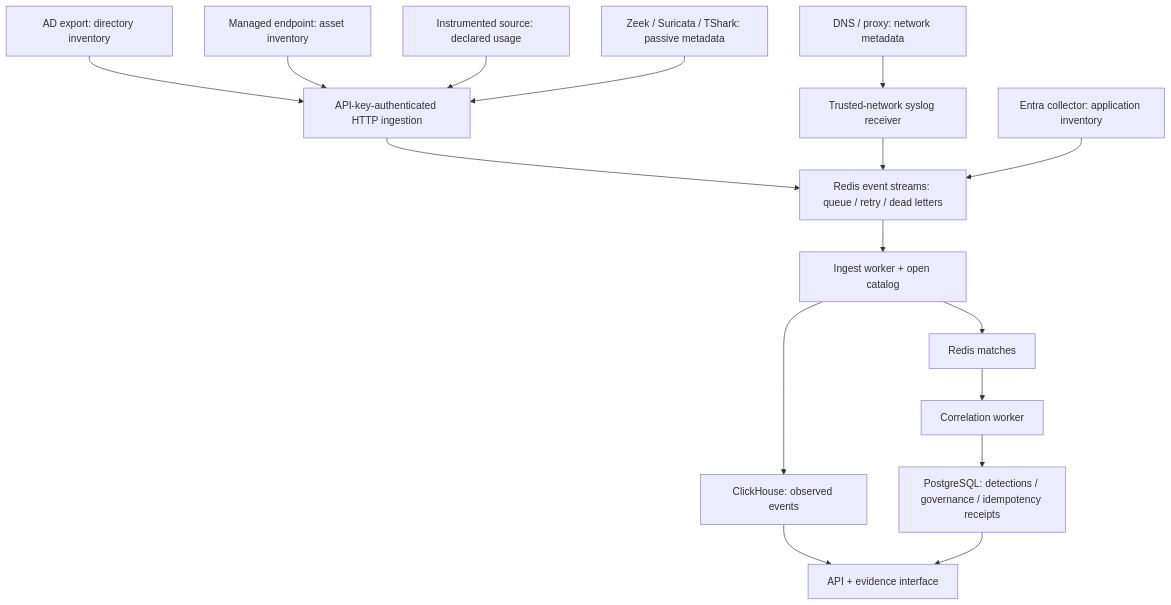
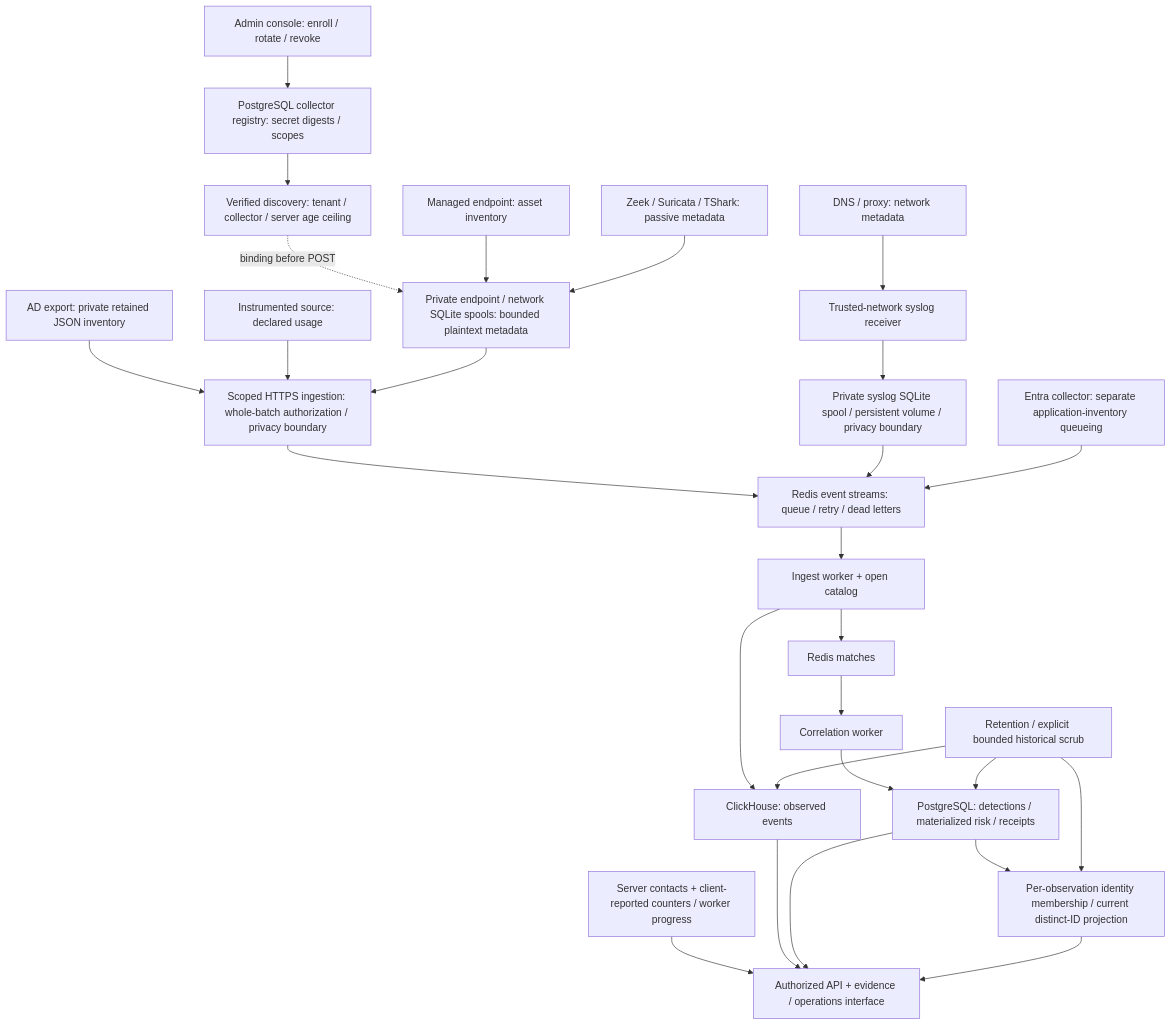
The diagram in docs/architecture.md (alebgl77/open-shadow-ai), drawn with Mermaid before and after one commit. The commit also changed other lines of this file and 85 other files, not shown here.

````diff
--- a/docs/architecture.md
+++ b/docs/architecture.md
@@ -7,18 +7,29 @@
 ```mermaid
 flowchart TD
-    AD["AD export: directory inventory"] --> API["API-key-authenticated HTTP ingestion"]
-    EP["Managed endpoint: asset inventory"] --> API
+    ADMIN["Admin console: enroll / rotate / revoke"] --> REG["PostgreSQL collector registry: secret digests / scopes"]
+    REG --> DISC["Verified discovery: tenant / collector / server age ceiling"]
+    DISC -. binding before POST .-> HTTPQ["Private endpoint / network SQLite spools: bounded plaintext metadata"]
+    AD["AD export: private retained JSON inventory"] --> API["Scoped HTTPS ingestion: whole-batch authorization / privacy boundary"]
+    EP["Managed endpoint: asset inventory"] --> HTTPQ
     IN["Instrumented source: declared usage"] --> API
-    NM["Zeek / Suricata / TShark: passive metadata"] --> API
+    NM["Zeek / Suricata / TShark: passive metadata"] --> HTTPQ
+    HTTPQ --> API
     NP["DNS / proxy: network metadata"] --> SYS["Trusted-network syslog receiver"]
     API --> Q["Redis event streams: queue / retry / dead letters"]
-    SYS --> Q
-    EN["Entra collector: application inventory"] --> Q
+    SYS --> SYSQ["Private syslog SQLite spool / persistent volume / privacy boundary"]
+    SYSQ --> Q
+    EN["Entra collector: separate application-inventory queueing"] --> Q
     Q --> MATCH["Ingest worker + open catalog"]
     MATCH --> CH["ClickHouse: observed events"]
     MATCH --> MQ["Redis matches"]
     MQ --> COR["Correlation worker"]
-    COR --> PG["PostgreSQL: detections / governance / idempotency receipts"]
-    CH --> VIEW["API + evidence interface"]
+    COR --> PG["PostgreSQL: detections / materialized risk / receipts"]
+    PG --> MEMBERS["Per-observation identity membership / current distinct-ID projection"]
+    RET["Retention / explicit bounded historical scrub"] --> CH
+    RET --> PG
+    RET --> MEMBERS
+    OPS["Server contacts + client-reported counters / worker progress"] --> VIEW["Authorized API + evidence / operations interface"]
+    CH --> VIEW
     PG --> VIEW
+    MEMBERS --> VIEW
 ```
````
